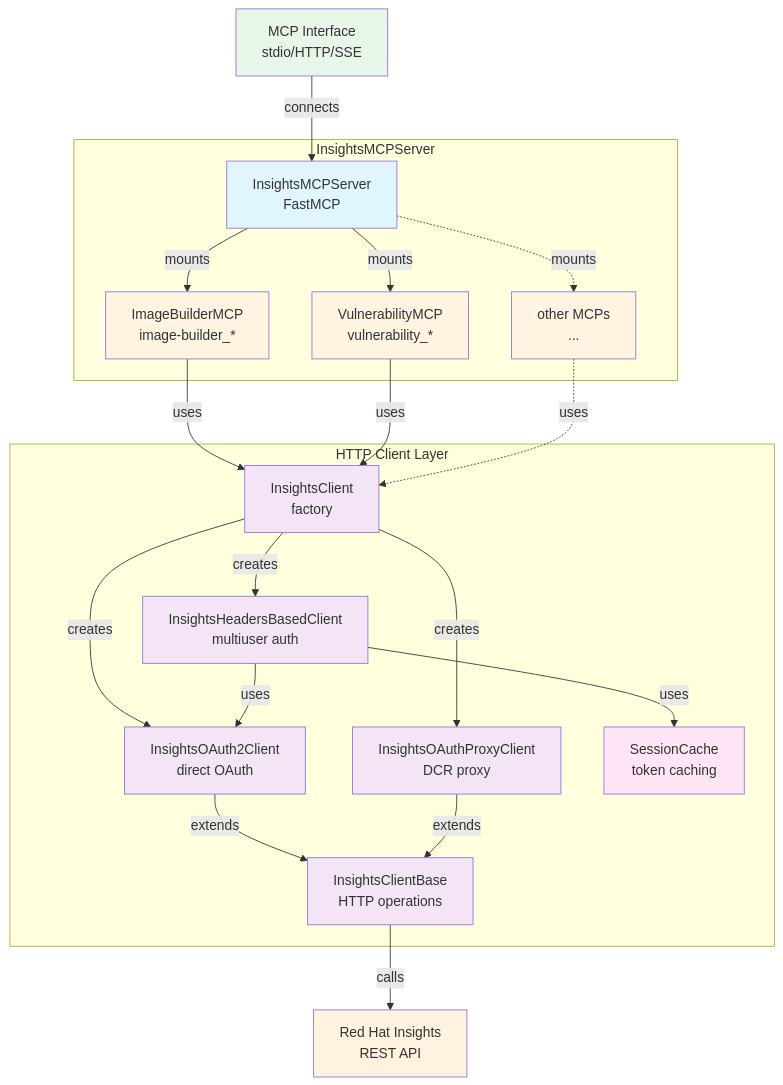
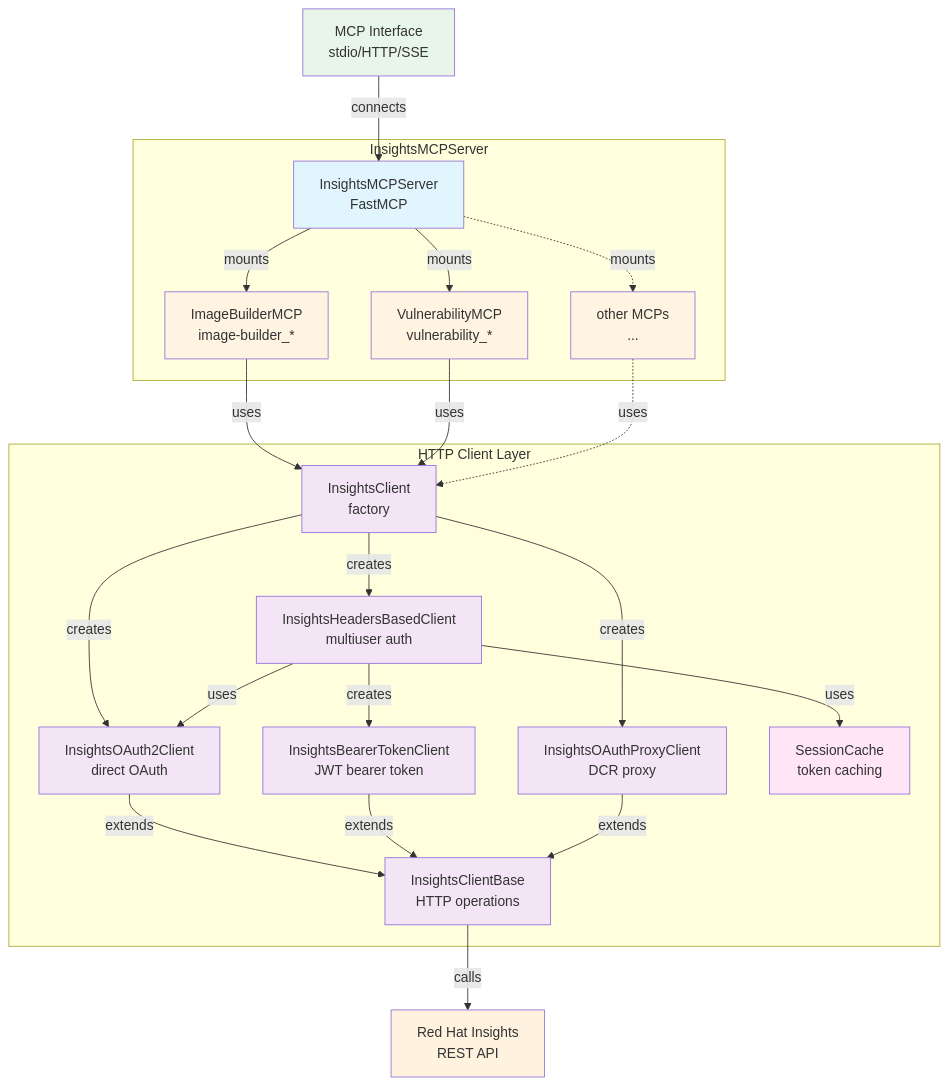
One commit to RedHatInsights/insights-mcp changed the first of 2 diagrams in HACKING.md. Above: the diagram before and after it, drawn with Mermaid. The commit also changed other lines of this file and 4 other files, not shown here.

First line of the commit message:
add JWT Bearer token authentication for HTTP/SSE transports

````diff
--- a/HACKING.md
+++ b/HACKING.md
@@ -42,47 +43,51 @@
 ```mermaid
 %% title: architecture-structure
 graph TB
     MCP[MCP Interface<br/>stdio/HTTP/SSE]
     subgraph "InsightsMCPServer"
         MainServer[InsightsMCPServer<br/>FastMCP]
         MainServer -->|mounts| ImageBuilder[ImageBuilderMCP<br/>image-builder_*]
         MainServer -->|mounts| Vulnerability[VulnerabilityMCP<br/>vulnerability_*]
         MainServer -.->|mounts| More[other MCPs<br/>...]
     end
     subgraph "HTTP Client Layer"
         InsightsClient[InsightsClient<br/>factory]
         OAuth2Client[InsightsOAuth2Client<br/>direct OAuth]
         HeadersClient[InsightsHeadersBasedClient<br/>multiuser auth]
+        BearerClient[InsightsBearerTokenClient<br/>JWT bearer token]
         OAuthProxyClient[InsightsOAuthProxyClient<br/>DCR proxy]
         SessionCache[SessionCache<br/>token caching]
         InsightsClientBase[InsightsClientBase<br/>HTTP operations]
 
         InsightsClient -->|creates| OAuth2Client
         InsightsClient -->|creates| HeadersClient
         InsightsClient -->|creates| OAuthProxyClient
         HeadersClient -->|uses| SessionCache
+        HeadersClient -->|creates| BearerClient
         OAuth2Client -->|extends| InsightsClientBase
+        BearerClient -->|extends| InsightsClientBase
         HeadersClient -->|uses| OAuth2Client
         OAuthProxyClient -->|extends| InsightsClientBase
     end
     API[Red Hat Insights<br/>REST API]
 
     MCP -->|connects| MainServer
     ImageBuilder -->|uses| InsightsClient
     Vulnerability -->|uses| InsightsClient
     More -.->|uses| InsightsClient
     InsightsClientBase -->|calls| API
 
     style MainServer fill:#e1f5ff
     style ImageBuilder fill:#fff4e1
     style Vulnerability fill:#fff4e1
     style More fill:#fff4e1
     style InsightsClient fill:#f3e5f5
     style OAuth2Client fill:#f3e5f5
     style HeadersClient fill:#f3e5f5
+    style BearerClient fill:#f3e5f5
     style OAuthProxyClient fill:#f3e5f5
     style SessionCache fill:#ffe5f5
     style InsightsClientBase fill:#f3e5f5
     style MCP fill:#e8f5e9
     style API fill:#fff3e0
 ```
````
